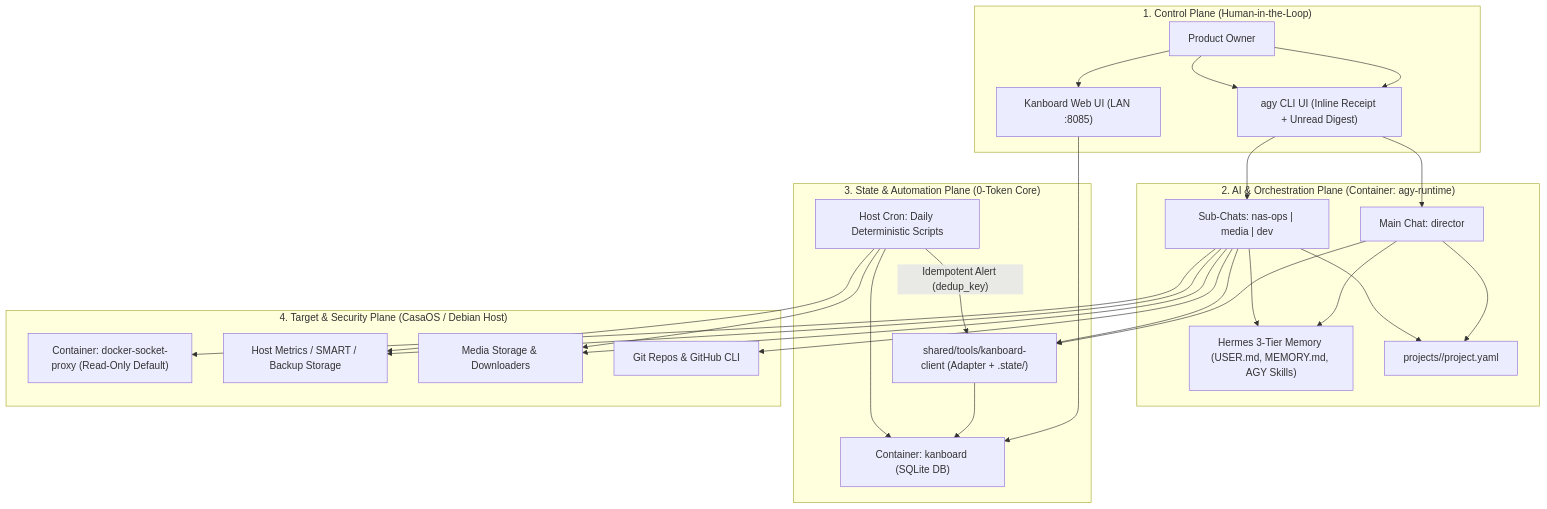
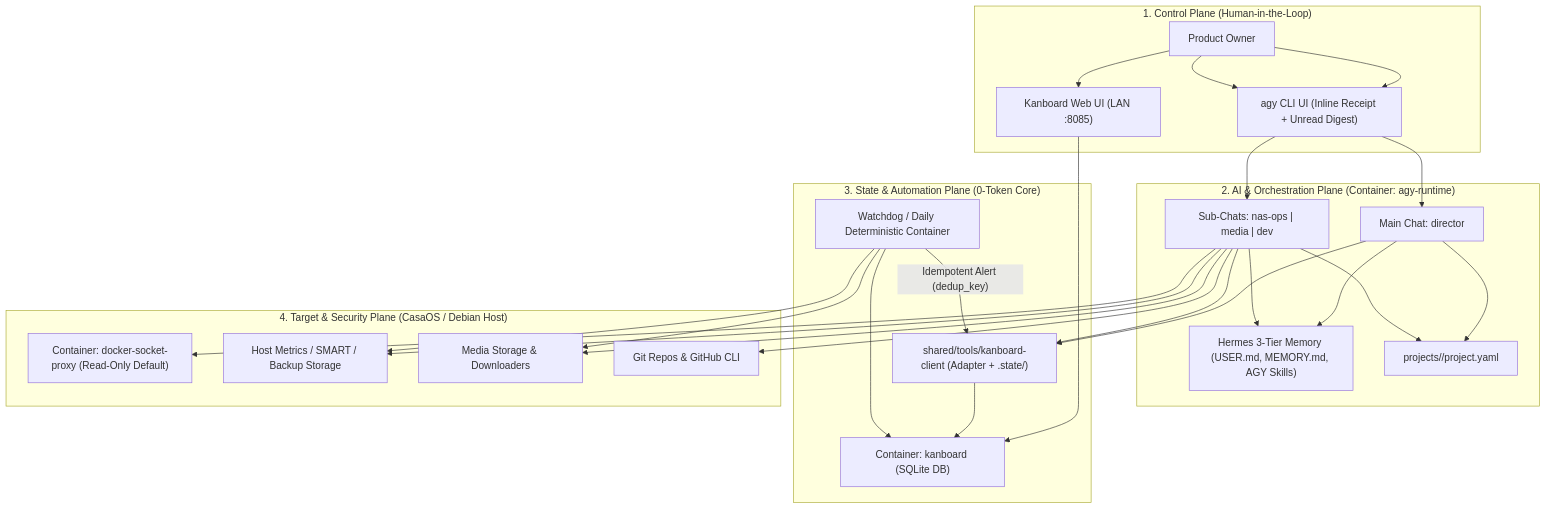
The diagram in docs/07-system-design-blueprint.md (Tb3c123/HomeNas), drawn with Mermaid before and after one commit. The commit also changed other lines of this file and 1 other file, not shown here.

````diff
--- a/docs/07-system-design-blueprint.md
+++ b/docs/07-system-design-blueprint.md
@@ -7,41 +7,41 @@
 ```mermaid
 flowchart TD
     subgraph P1["1. Control Plane (Human-in-the-Loop)"]
         PO["Product Owner"]
         UI_CLI["agy CLI UI (Inline Receipt + Unread Digest)"]
         UI_KB["Kanboard Web UI (LAN :8085)"]
     end
 
     subgraph P2["2. AI & Orchestration Plane (Container: agy-runtime)"]
         DIR["Main Chat: director"]
         SUBS["Sub-Chats: nas-ops | media | dev"]
         MEM["Hermes 3-Tier Memory (USER.md, MEMORY.md, AGY Skills)"]
         PROJ["projects/<name>/project.yaml"]
     end
 
     subgraph P3["3. State & Automation Plane (0-Token Core)"]
-        CRON["Host Cron: Daily Deterministic Scripts"]
+        CRON["Watchdog / Daily Deterministic Container"]
         KBCLI["shared/tools/kanboard-client (Adapter + .state/)"]
         KB["Container: kanboard (SQLite DB)"]
     end
 
     subgraph P4["4. Target & Security Plane (CasaOS / Debian Host)"]
         DPROXY["Container: docker-socket-proxy (Read-Only Default)"]
         NAS["Host Metrics / SMART / Backup Storage"]
         MED["Media Storage & Downloaders"]
         GIT["Git Repos & GitHub CLI"]
     end
 
     PO --> UI_CLI --> DIR
     PO --> UI_CLI --> SUBS
     PO --> UI_KB --> KB
 
     DIR & SUBS --> PROJ
     DIR & SUBS --> MEM
     DIR & SUBS --> KBCLI --> KB
     CRON -->|"Idempotent Alert (dedup_key)"| KBCLI
 
     SUBS --> DPROXY
     SUBS --> NAS & MED & GIT
     CRON --> NAS & MED & KB
 ```
````
